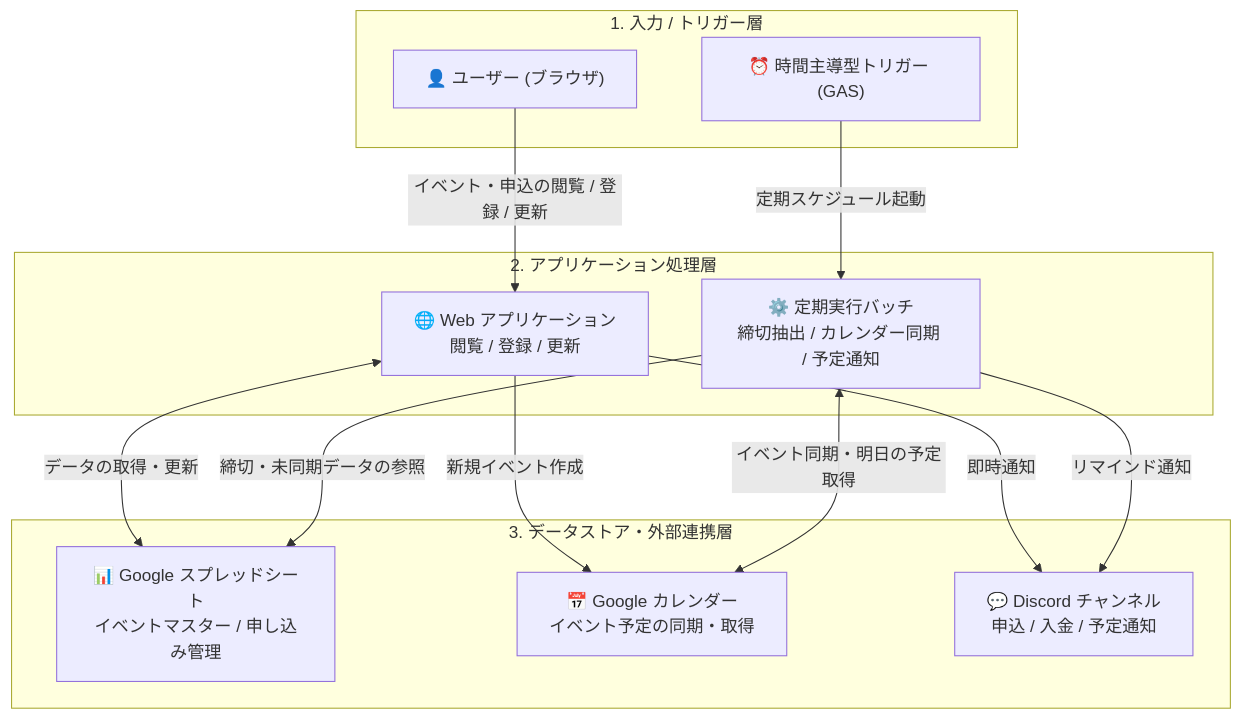
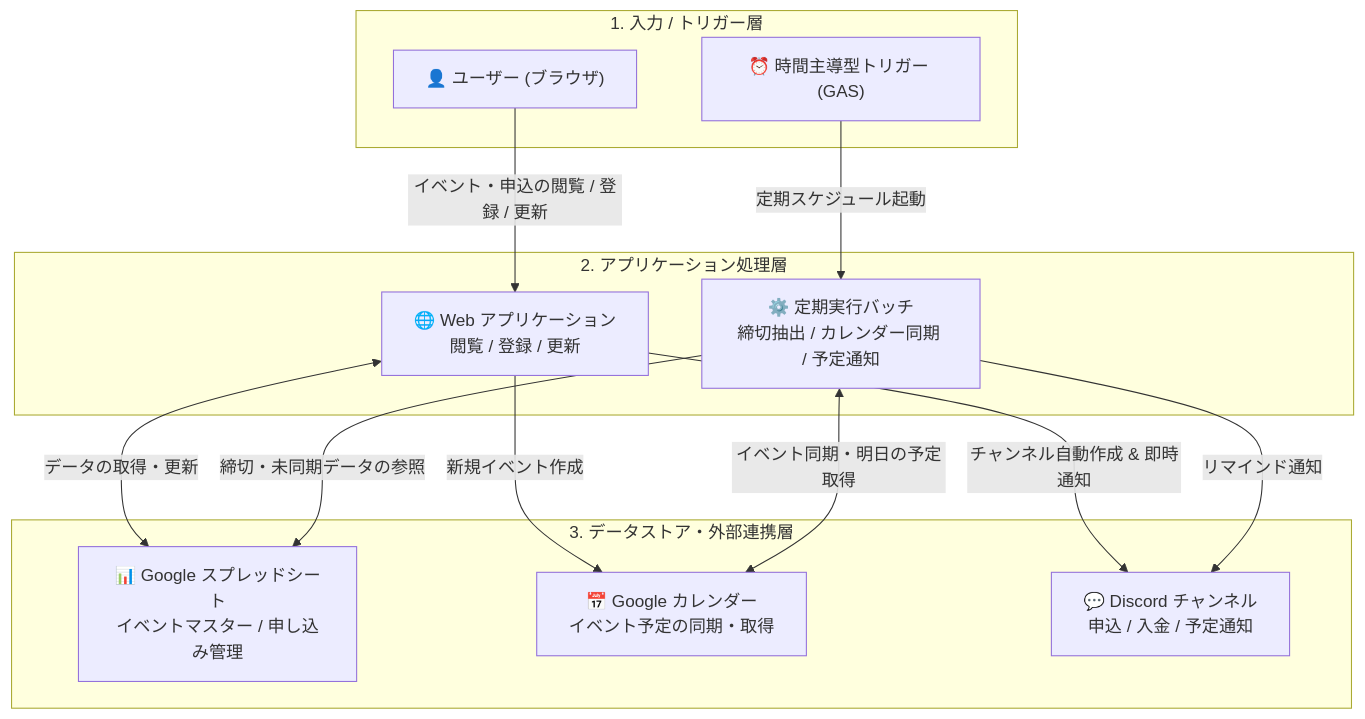
Before and after one commit to miyagey/discord-notifier: the diagram in docs/SYSTEM_SPEC.md, drawn with Mermaid. The commit also changed other lines of this file and 6 other files, not shown here.

````diff
--- a/docs/SYSTEM_SPEC.md
+++ b/docs/SYSTEM_SPEC.md
@@ -14,29 +14,29 @@
 ```mermaid
 flowchart TB
     subgraph InputLayer ["1. 入力 / トリガー層"]
         User["👤 ユーザー (ブラウザ)"]
         Trigger["⏰ 時間主導型トリガー (GAS)"]
     end
 
     subgraph ProcessLayer ["2. アプリケーション処理層"]
         WebApp["🌐 Web アプリケーション<br>閲覧 / 登録 / 更新"]
         Batch["⚙️ 定期実行バッチ<br>締切抽出 / カレンダー同期 / 予定通知"]
     end
 
     subgraph ResourceLayer ["3. データストア・外部連携層"]
         GSheet["📊 Google スプレッドシート<br>イベントマスター / 申し込み管理"]
         GCal["📅 Google カレンダー<br>イベント予定の同期・取得"]
         Discord["💬 Discord チャンネル<br>申込 / 入金 / 予定通知"]
     end
 
     User -->|"イベント・申込の閲覧 / 登録 / 更新"| WebApp
     Trigger -->|"定期スケジュール起動"| Batch
 
     WebApp <-->|"データの取得・更新"| GSheet
     WebApp -->|"新規イベント作成"| GCal
-    WebApp -->|"即時通知"| Discord
+    WebApp -->|"チャンネル自動作成 & 即時通知"| Discord
 
     Batch -->|"締切・未同期データの参照"| GSheet
     Batch <-->|"イベント同期・明日の予定取得"| GCal
     Batch -->|"リマインド通知"| Discord
 ```
````
